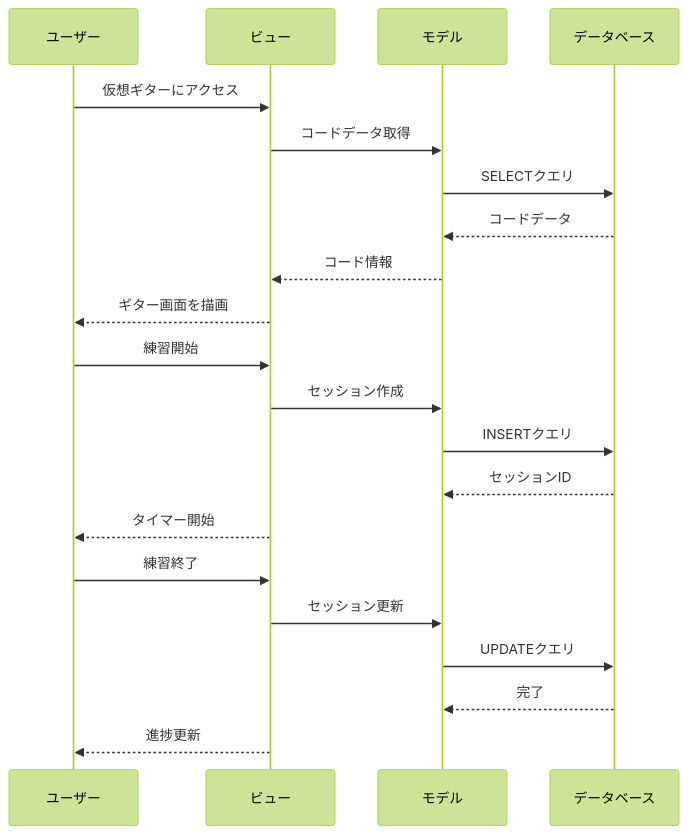
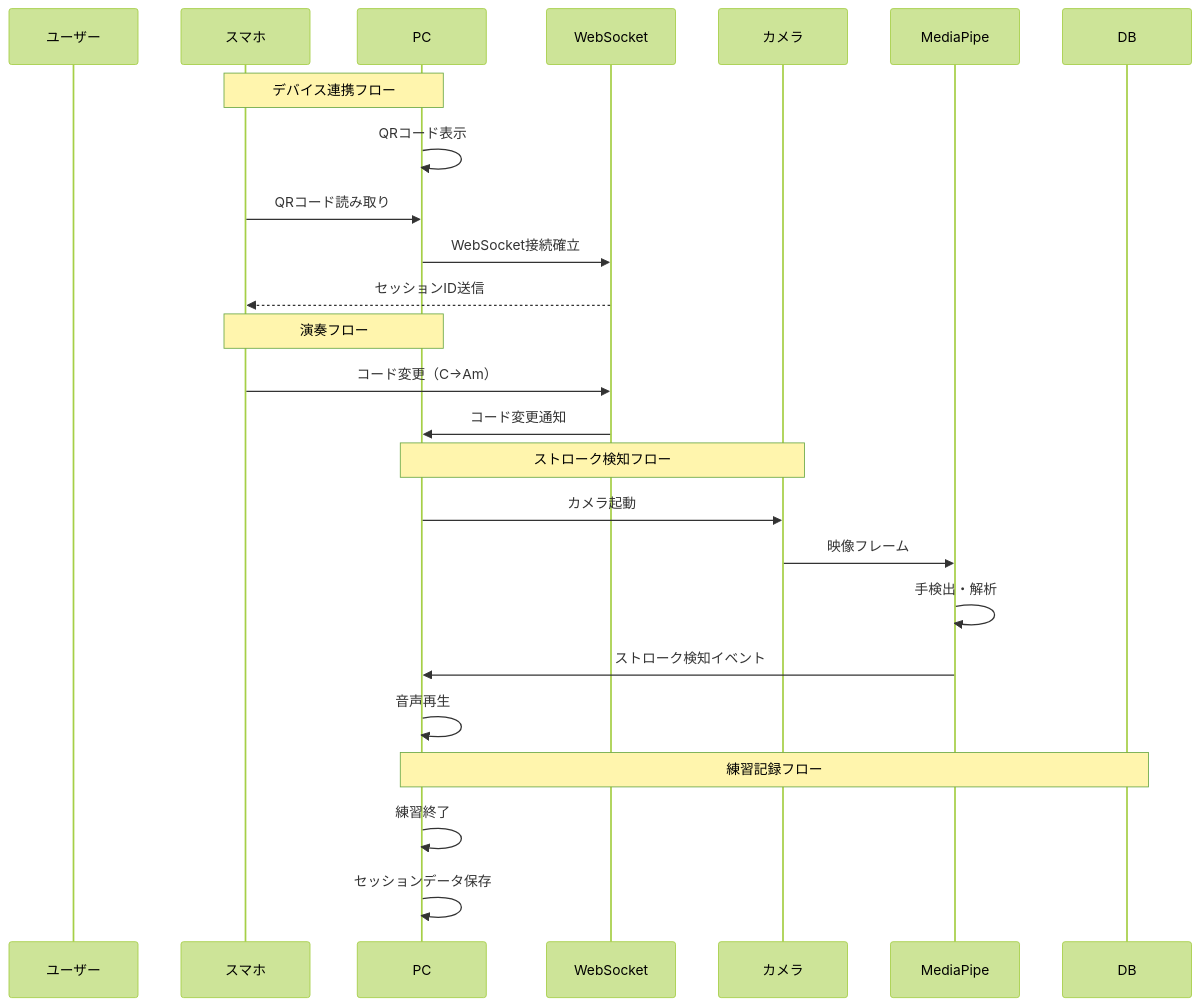
The second of 4 diagrams in design.md (reoanrudo/air_guitar_02), drawn with Mermaid (forest theme) before and after one commit. The commit also changed other lines of this file and 2 other files, not shown here.

````diff
--- a/design.md
+++ b/design.md
@@ -45,26 +63,30 @@
 ```mermaid
 sequenceDiagram
     participant U as ユーザー
-    participant V as ビュー
-    participant M as モデル
-    participant DB as データベース
+    participant S as スマホ
+    participant PC as PC
+    participant WS as WebSocket
+    participant Cam as カメラ
+    participant MP as MediaPipe
 
-    U->>V: 仮想ギターにアクセス
-    V->>M: コードデータ取得
-    M->>DB: SELECTクエリ
-    DB-->>M: コードデータ
-    M-->>V: コード情報
-    V-->>U: ギター画面を描画
+    Note over S,PC: デバイス連携フロー
+    PC->>PC: QRコード表示
+    S->>PC: QRコード読み取り
+    PC->>WS: WebSocket接続確立
+    WS-->>S: セッションID送信
 
-    U->>V: 練習開始
-    V->>M: セッション作成
-    M->>DB: INSERTクエリ
-    DB-->>M: セッションID
-    V-->>U: タイマー開始
+    Note over S,PC: 演奏フロー
+    S->>WS: コード変更（C→Am）
+    WS->>PC: コード変更通知
 
-    U->>V: 練習終了
-    V->>M: セッション更新
-    M->>DB: UPDATEクエリ
-    DB-->>M: 完了
-    V-->>U: 進捗更新
+    Note over PC,Cam: ストローク検知フロー
+    PC->>Cam: カメラ起動
+    Cam->>MP: 映像フレーム
+    MP->>MP: 手検出・解析
+    MP->>PC: ストローク検知イベント
+    PC->>PC: 音声再生
+
+    Note over PC,DB: 練習記録フロー
+    PC->>PC: 練習終了
+    PC->>PC: セッションデータ保存
 ```
````
